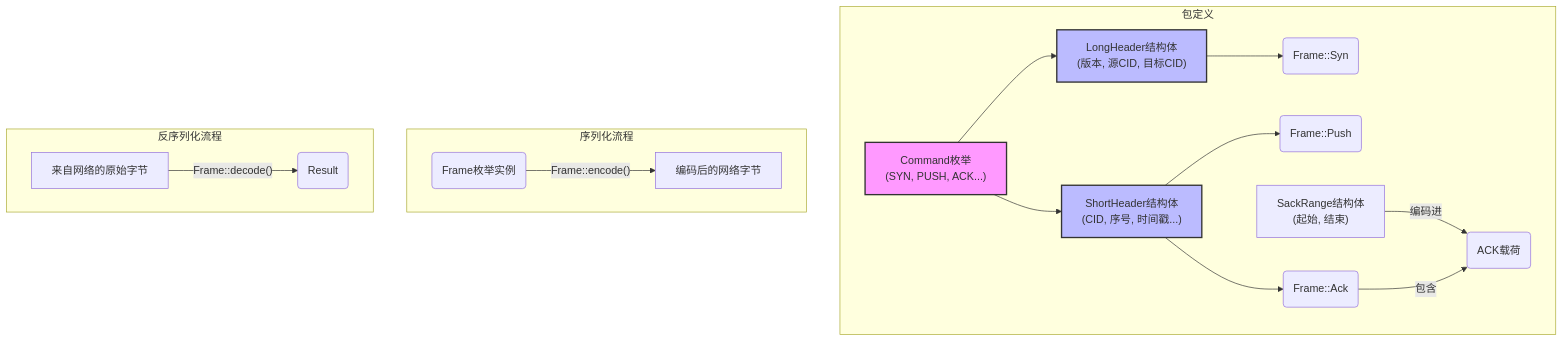
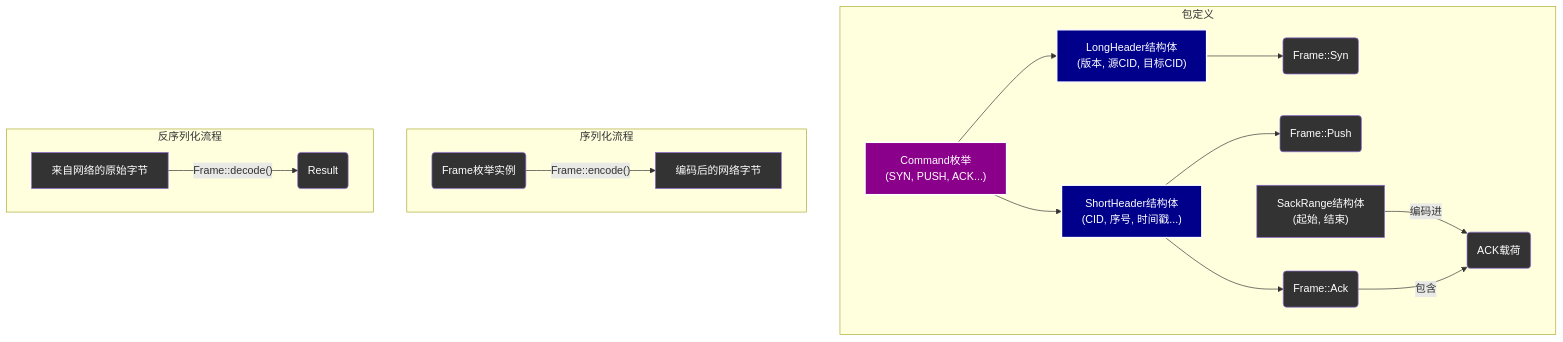
One commit to ShaoG-R/kestrel-protocol changed the diagram in docs/src/dev-docs/components/packet.md. Above: the diagram before and after it, drawn with Mermaid. The commit also changed 5 other files, not shown here.

````diff
--- a/docs/src/dev-docs/components/packet.md
+++ b/docs/src/dev-docs/components/packet.md
@@ -39,30 +39,39 @@
 ```mermaid
 graph TD
     subgraph "包定义"
         C["Command枚举<br>(SYN, PUSH, ACK...)"]
         LH["LongHeader结构体<br>(版本, 源CID, 目标CID)"]
         SH["ShortHeader结构体<br>(CID, 序号, 时间戳...)"]
         SR["SackRange结构体<br>(起始, 结束)"]
 
         C --> LH
         C --> SH
 
         LH --> F_SYN(Frame::Syn)
         SH --> F_PUSH(Frame::Push)
         SH --> F_ACK(Frame::Ack)
         SR -- "编码进" --> F_ACK_Payload("ACK载荷")
         F_ACK -- "包含" --> F_ACK_Payload
     end
 
     subgraph "序列化流程"
         User_Frame("Frame枚举实例") -- "Frame::encode()" --> Encoded_Bytes["编码后的网络字节"]
     end
 
     subgraph "反序列化流程"
         Raw_Bytes["来自网络的原始字节"] -- "Frame::decode()" --> Decoded_Frame("Result<Frame, Error>")
     end
 
-    style C fill:#f9f,stroke:#333,stroke-width:2px
-    style LH fill:#bbf,stroke:#333,stroke-width:2px
-    style SH fill:#bbf,stroke:#333,stroke-width:2px
+    style C fill:#8B008B,color:#fff,stroke:#fff,stroke-width:2px
+    style LH fill:#00008B,color:#fff,stroke:#fff,stroke-width:2px
+    style SH fill:#00008B,color:#fff,stroke:#fff,stroke-width:2px
+    style SR fill:#333,color:#fff
+    style F_SYN fill:#333,color:#fff
+    style F_PUSH fill:#333,color:#fff
+    style F_ACK fill:#333,color:#fff
+    style F_ACK_Payload fill:#333,color:#fff
+    style User_Frame fill:#333,color:#fff
+    style Encoded_Bytes fill:#333,color:#fff
+    style Raw_Bytes fill:#333,color:#fff
+    style Decoded_Frame fill:#333,color:#fff
 ```
````
